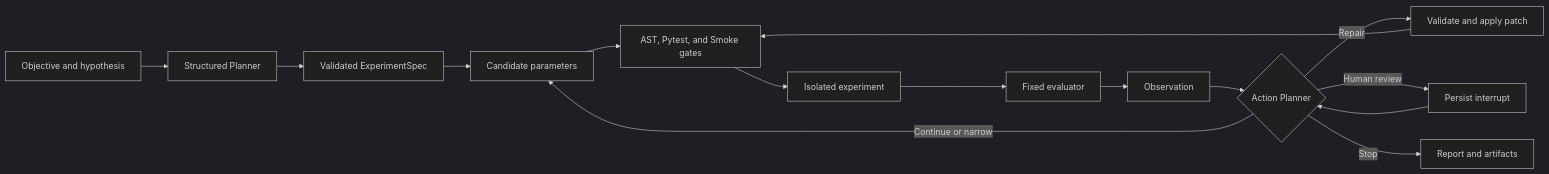
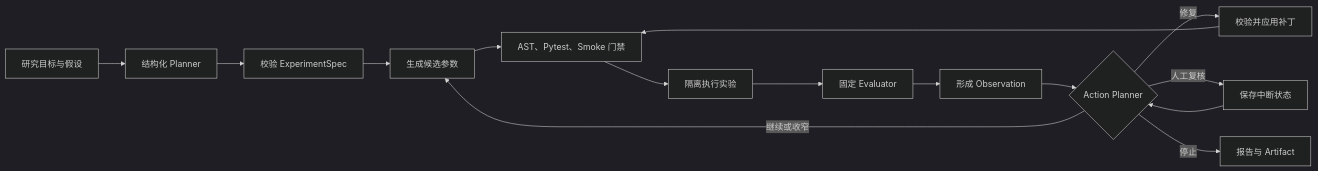
One commit to HeZhongTian-xjtu/AutoExp changed the diagram in README.md. Above: the diagram before and after it, drawn with Mermaid (dark theme). The commit also changed other lines of this file and 2 other files, not shown here.

````diff
--- a/README.md
+++ b/README.md
@@ -38,17 +36,17 @@
 ```mermaid
 flowchart LR
-    A[Objective and hypothesis] --> B[Structured Planner]
-    B --> C[Validated ExperimentSpec]
-    C --> D[Candidate parameters]
-    D --> E[AST, Pytest, and Smoke gates]
-    E --> F[Isolated experiment]
-    F --> G[Fixed evaluator]
-    G --> H[Observation]
+    A[研究目标与假设] --> B[结构化 Planner]
+    B --> C[校验 ExperimentSpec]
+    C --> D[生成候选参数]
+    D --> E[AST、Pytest、Smoke 门禁]
+    E --> F[隔离执行实验]
+    F --> G[固定 Evaluator]
+    G --> H[形成 Observation]
     H --> I{Action Planner}
-    I -->|Continue or narrow| D
-    I -->|Repair| J[Validate and apply patch]
+    I -->|继续或收窄| D
+    I -->|修复| J[校验并应用补丁]
     J --> E
-    I -->|Human review| K[Persist interrupt]
+    I -->|人工复核| K[保存中断状态]
     K --> I
-    I -->|Stop| L[Report and artifacts]
+    I -->|停止| L[报告与 Artifact]
 ```
````
